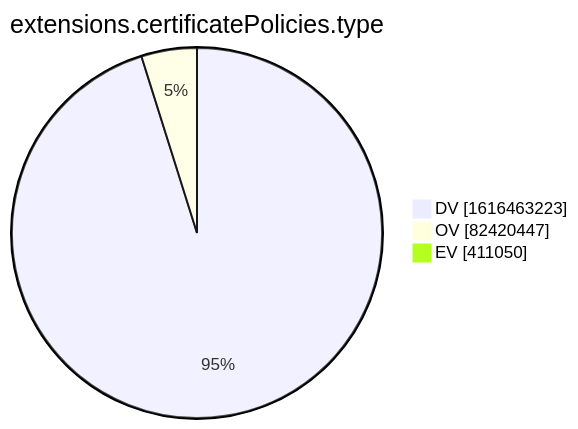
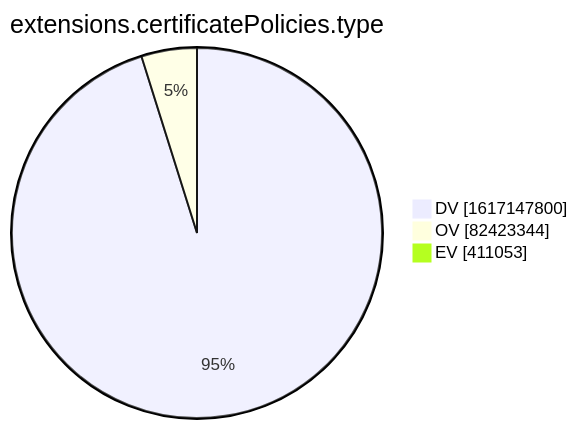
The tenth of 15 diagrams in xenon2022/README.md (christiankrug/ctmonitor_visualization), drawn with Mermaid before and after one commit. The commit also changed other lines of this file, not shown here.

````diff
--- a/xenon2022/README.md
+++ b/xenon2022/README.md
@@ -2878,7 +2878,7 @@
 ```mermaid
 pie showData
 title extensions.certificatePolicies.type
-"DV" :1616463223
-"OV" :82420447
-"EV" :411050
+"DV" :1617147800
+"OV" :82423344
+"EV" :411053
 ```
````
